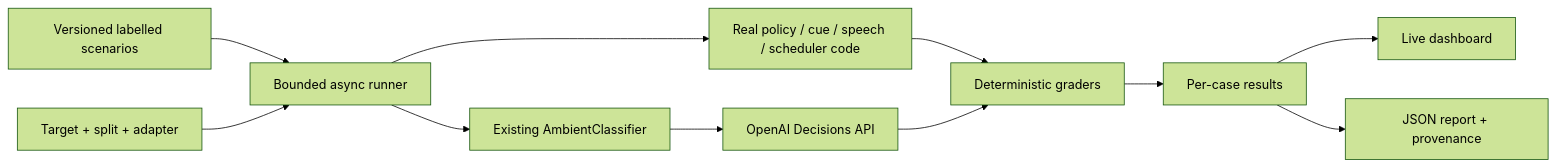
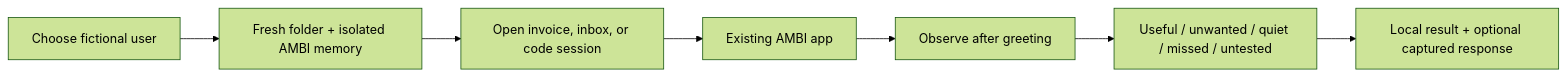
One commit to jenniferumoke/ambi-openai-hackathon changed the diagram in docs/ambi-bench-architecture.md. Above: the diagram before and after it, drawn with Mermaid (forest theme). The commit also changed other lines of this file and 49 other files, not shown here.

Commit message:
Make profile scenarios the core evaluation journey

````diff
--- a/docs/ambi-bench-architecture.md
+++ b/docs/ambi-bench-architecture.md
@@ -23,13 +5,9 @@
 ```mermaid
 flowchart LR
-    Cases[Versioned labelled scenarios] --> Runner[Bounded async runner]
-    Config[Target + split + adapter] --> Runner
-    Runner --> Offline[Real policy / cue / speech / scheduler code]
-    Runner --> Live[Existing AmbientClassifier]
-    Live --> Decisions[OpenAI Decisions API]
-    Offline --> Grade[Deterministic graders]
-    Decisions --> Grade
-    Grade --> Events[Per-case results]
-    Events --> Dashboard[Live dashboard]
-    Events --> Report[JSON report + provenance]
+    Profile[Choose fictional user] --> Load[Fresh folder + isolated AMBI memory]
+    Load --> Sources[Open invoice, inbox, or code session]
+    Sources --> App[Existing AMBI app]
+    App --> Observe[Observe after greeting]
+    Observe --> Review[Useful / unwanted / quiet / missed / untested]
+    Review --> Result[Local result + optional captured response]
 ```
````
